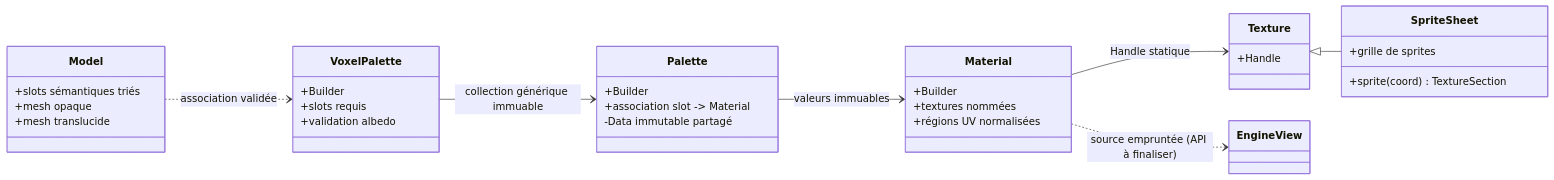
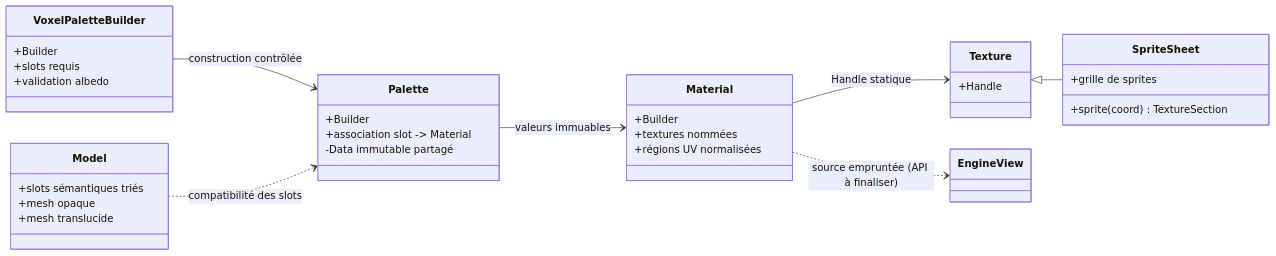
Before and after one commit to EreliaStudio/Sparkle: the first of 3 diagrams in docs/voxel-engine-v0.1.4/04-materiaux-textures-palettes.md, drawn with Mermaid.

Commit message:
PR-07: fix palette type and immediate atlas validation in architecture diagram

````diff
--- a/docs/voxel-engine-v0.1.4/04-materiaux-textures-palettes.md
+++ b/docs/voxel-engine-v0.1.4/04-materiaux-textures-palettes.md
@@ -7,37 +7,37 @@
 ```mermaid
 classDiagram
   direction LR
   class Material {
     +Builder
     +textures nommées
     +régions UV normalisées
   }
   class Texture {
     +Handle
   }
   class SpriteSheet {
     +sprite(coord) TextureSection
     +grille de sprites
   }
   class Palette {
     +Builder
     +association slot -> Material
     -Data immutable partagé
   }
-  class VoxelPalette {
+  class VoxelPaletteBuilder {
     +Builder
     +slots requis
     +validation albedo
   }
   class Model {
     +slots sémantiques triés
     +mesh opaque
     +mesh translucide
   }
   Texture <|-- SpriteSheet
   Material --> Texture : Handle statique
   Material ..> EngineView : source empruntée (API à finaliser)
-  VoxelPalette --> Palette : collection générique immuable
+  VoxelPaletteBuilder --> Palette : construction contrôlée
   Palette --> Material : valeurs immuables
-  Model ..> VoxelPalette : association validée
+  Model ..> Palette : compatibilité des slots
 ```
````
